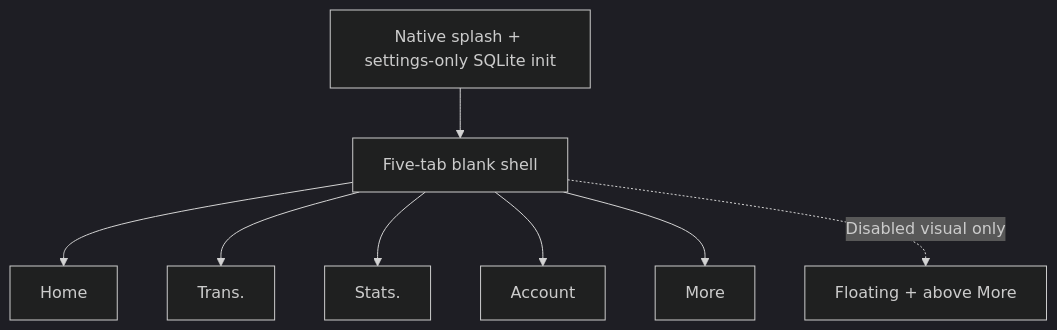
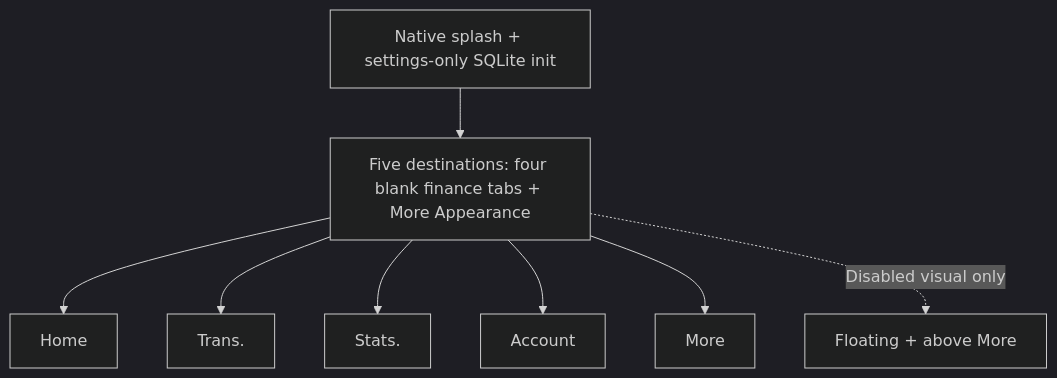
Before and after one commit to im-tnyx/Tio-Money: the first of 4 diagrams in docs/03-SCREEN-SPEC.md, drawn with Mermaid (dark theme). The commit also changed other lines of this file and 5 other files, not shown here.

Commit message:
docs: align current More Appearance and owner-approved tab UI baseline

````diff
--- a/docs/03-SCREEN-SPEC.md
+++ b/docs/03-SCREEN-SPEC.md
@@ -136,10 +136,10 @@
 ```mermaid
 flowchart TD
-  SPLASH["Native splash + settings-only SQLite init"] --> ROOT["Five-tab blank shell"]
+  SPLASH["Native splash + settings-only SQLite init"] --> ROOT["Five destinations: four blank finance tabs + More Appearance"]
   ROOT --> H["Home"]
   ROOT --> T["Trans."]
   ROOT --> S["Stats."]
   ROOT --> A["Account"]
   ROOT --> M["More"]
   ROOT -. "Disabled visual only" .-> FAB["Floating + above More"]
 ```
````
